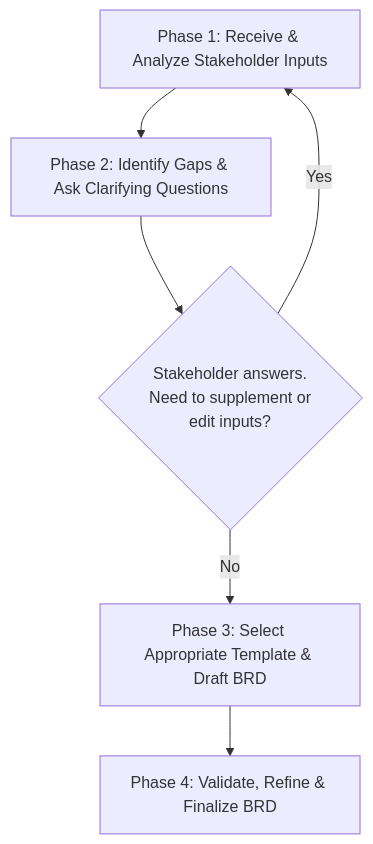
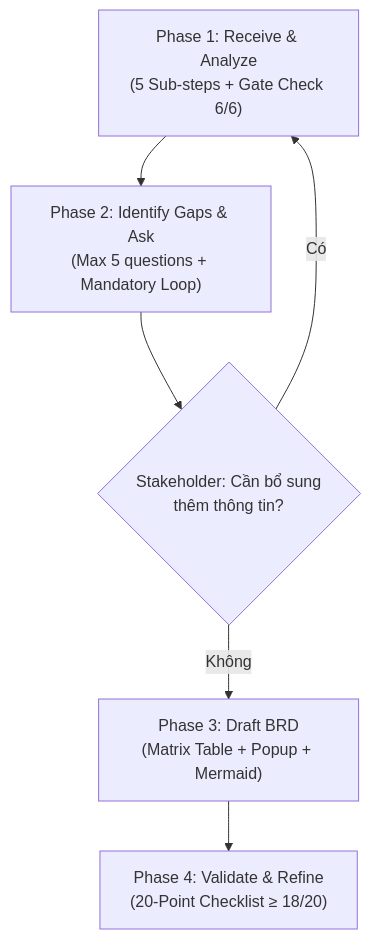
The diagram in Guides/po_brd_creator_skill.md (jacksparrbin/AI-Agents-BRD-), drawn with Mermaid before and after one commit. The commit also changed other lines of this file and 2 other files, not shown here.

Commit message:
feat: add VietQR eval test suite, update PO skill spec, and add VietQR Scan & Transfer BRD

````diff
--- a/Guides/po_brd_creator_skill.md
+++ b/Guides/po_brd_creator_skill.md
@@ -19,8 +38,8 @@
 ```mermaid
 graph TD
-    A[Phase 1: Receive & Analyze Stakeholder Inputs] --> B[Phase 2: Identify Gaps & Ask Clarifying Questions]
-    B --> C{Stakeholder answers. <br> Need to supplement or <br> edit inputs?}
-    C -- Yes --> A
-    C -- No --> D[Phase 3: Select Appropriate Template & Draft BRD]
-    D --> E[Phase 4: Validate, Refine & Finalize BRD]
+    A["Phase 1: Receive & Analyze<br/>(5 Sub-steps + Gate Check 6/6)"] --> B["Phase 2: Identify Gaps & Ask<br/>(Max 5 questions + Mandatory Loop)"]
+    B --> C{"Stakeholder: Cần bổ sung<br/>thêm thông tin?"}
+    C -- "Có" --> A
+    C -- "Không" --> D["Phase 3: Draft BRD<br/>(Matrix Table + Popup + Mermaid)"]
+    D --> E["Phase 4: Validate & Refine<br/>(20-Point Checklist ≥ 18/20)"]
 ```
````
